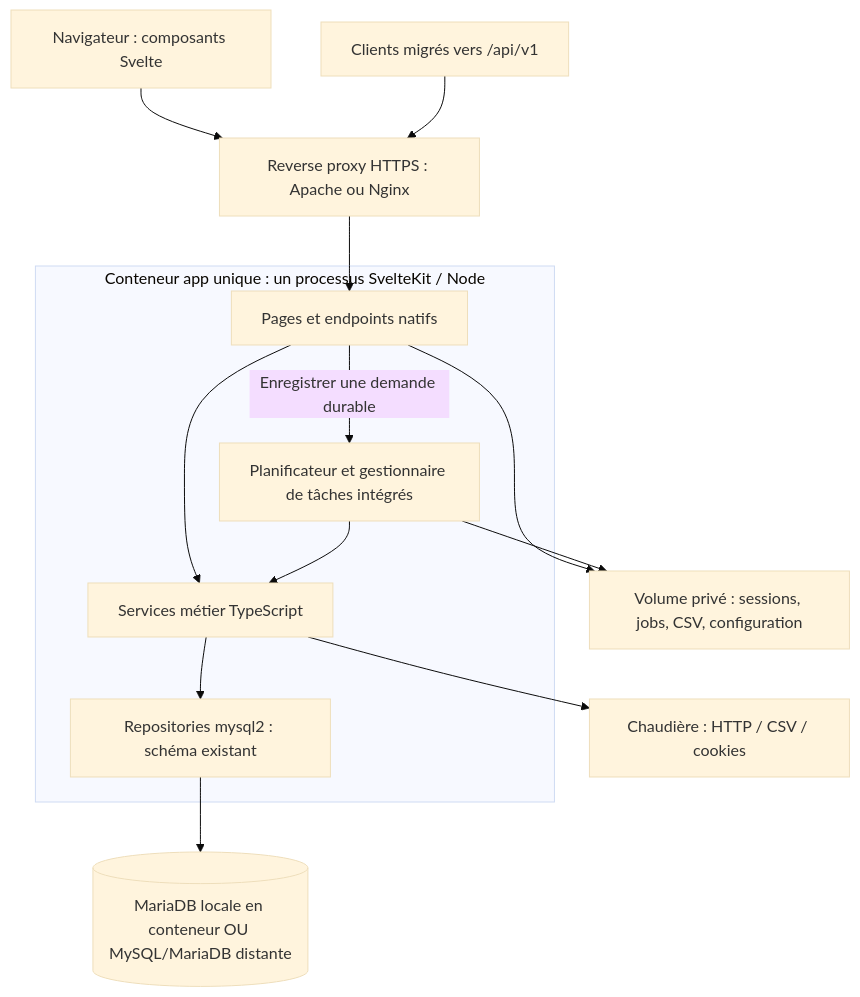
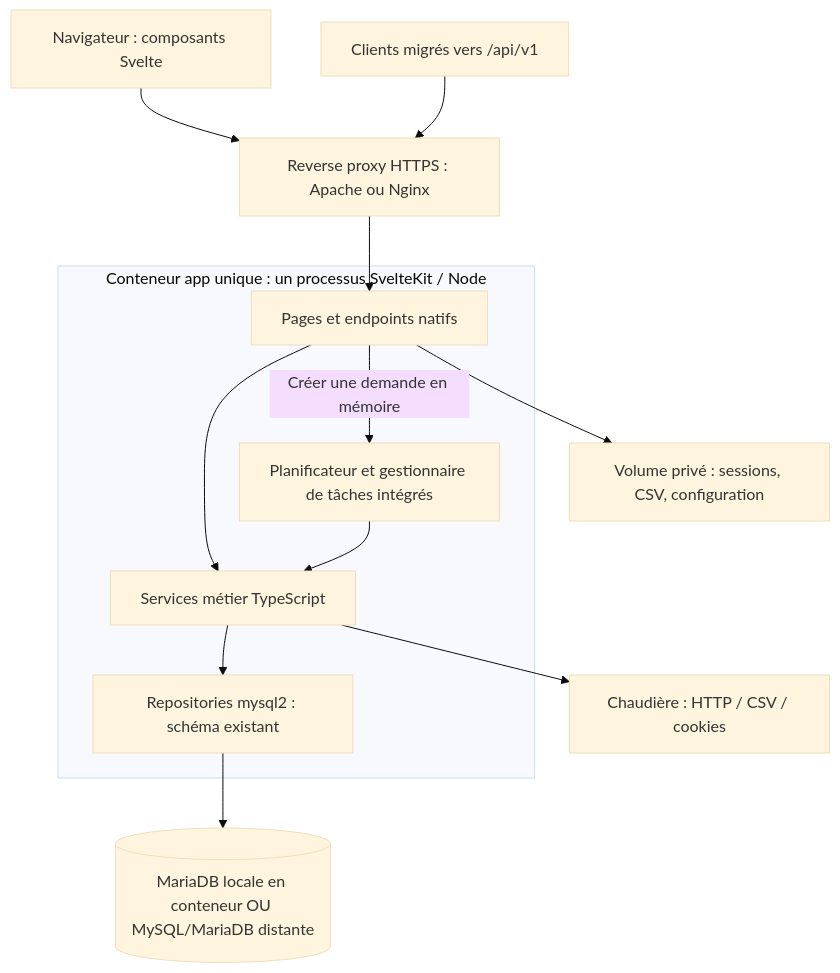
The diagram in docs/architecture-cible-svelte-node.md (stawen/okovision), drawn with Mermaid (base theme) before and after one commit. The commit also changed other lines of this file and 5 other files, not shown here.

````diff
--- a/docs/architecture-cible-svelte-node.md
+++ b/docs/architecture-cible-svelte-node.md
@@ -26,26 +26,25 @@
 ```mermaid
 flowchart TB
     Browser["Navigateur : composants Svelte"]
     Clients["Clients migrés vers /api/v1"]
     Proxy["Reverse proxy HTTPS : Apache ou Nginx"]
     subgraph App["Conteneur app unique : un processus SvelteKit / Node"]
     Web["Pages et endpoints natifs"]
     Jobs["Planificateur et gestionnaire de tâches intégrés"]
     Services["Services métier TypeScript"]
     Repo["Repositories mysql2 : schéma existant"]
     end
-    Files["Volume privé : sessions, jobs, CSV, configuration"]
+    Files["Volume privé : sessions, CSV, configuration"]
     MySQL[("MariaDB locale en conteneur OU MySQL/MariaDB distante")]
     Boiler["Chaudière : HTTP / CSV / cookies"]
     Browser --> Proxy
     Clients --> Proxy
     Proxy --> Web
     Web --> Services
     Services --> Repo
     Repo --> MySQL
     Web --> Files
-    Web -->|"Enregistrer une demande durable"| Jobs
-    Jobs --> Files
+    Web -->|"Créer une demande en mémoire"| Jobs
     Jobs --> Services
     Services --> Boiler
 ```
````
